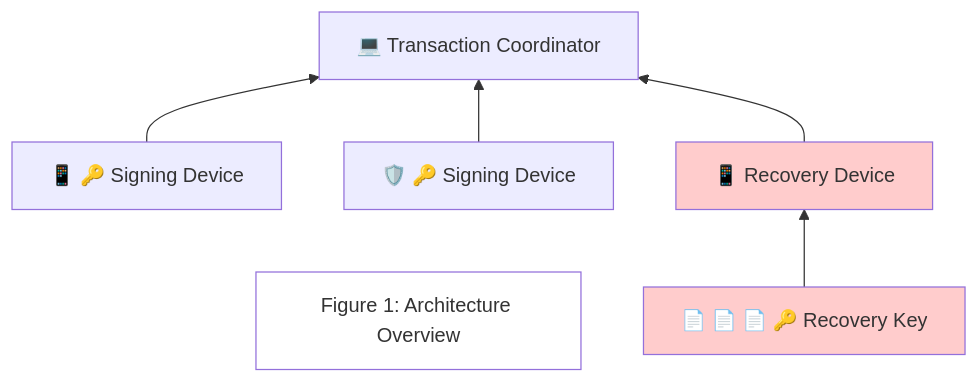
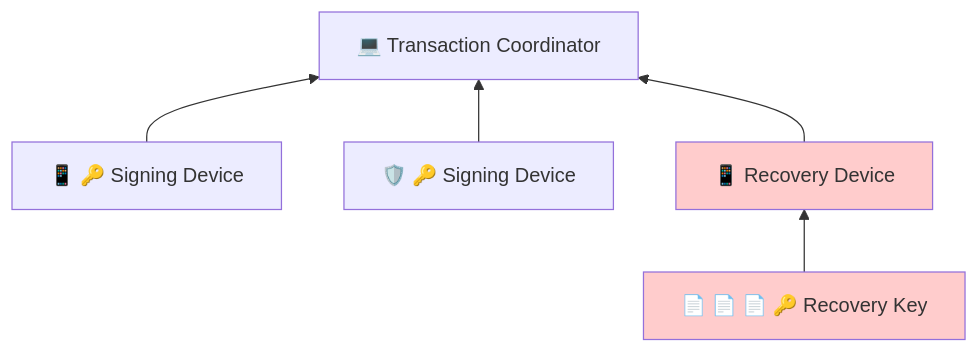
One commit to BlockchainCommons/SmartCustody changed the first of 17 diagrams in Docs/Scenario-Multisig.md. Above: the diagram before and after it, drawn with Mermaid. The commit also changed other lines of this file, not shown here.

````diff
--- a/Docs/Scenario-Multisig.md
+++ b/Docs/Scenario-Multisig.md
@@ -18,17 +18,15 @@
 ```mermaid
     graph BT;
-    0["Figure 1: Architecture Overview"]
     A["💻 Transaction Coordinator"]
     B["📱 🔑 Signing Device"]
     C["🛡️ 🔑 Signing Device"]
     D["📱 Recovery Device"]
     E["📄 📄 📄 🔑 Recovery Key"]
     B-->A;
     C-->A;
     D-->A;
     E-->D;
     
 style D fill:#ffcccc;
 style E fill:#ffcccc;
-style 0 fill:#ffffff;
 ```
````
